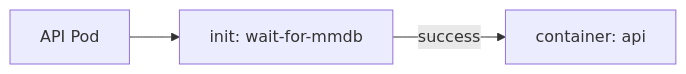
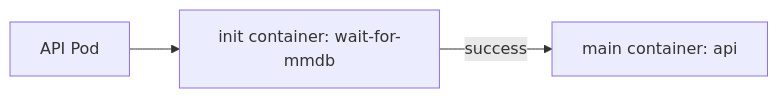
One commit to Jstarzz/geotagger changed the tenth of 21 diagrams in docs/ARCHITECTURE.md. Above: the diagram before and after it, drawn with Mermaid. The commit also changed other lines of this file, not shown here.

Commit message:
docs: replace architecture diagrams with GitHub-safe Mermaid

````diff
--- a/docs/ARCHITECTURE.md
+++ b/docs/ARCHITECTURE.md
@@ -397,5 +246,5 @@
 ```mermaid
 flowchart LR
-    POD[API Pod] --> INIT[init: wait-for-mmdb]
-    INIT -->|success| MAIN[container: api]
+    POD["API Pod"] --> INIT["init container: wait-for-mmdb"]
+    INIT -->|"success"| MAIN["main container: api"]
 ```
````
